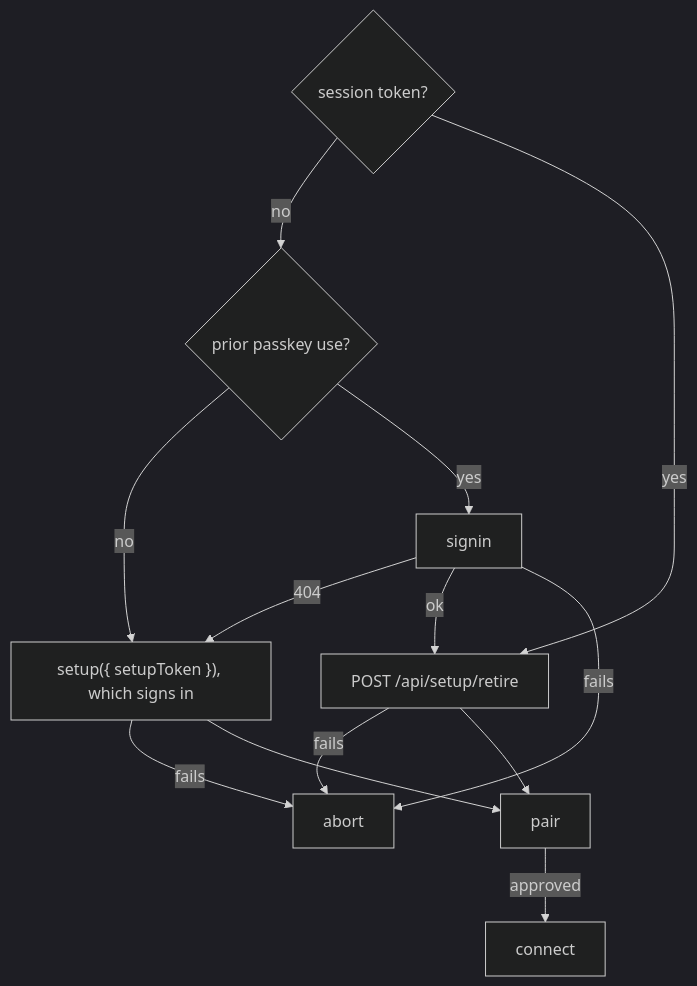
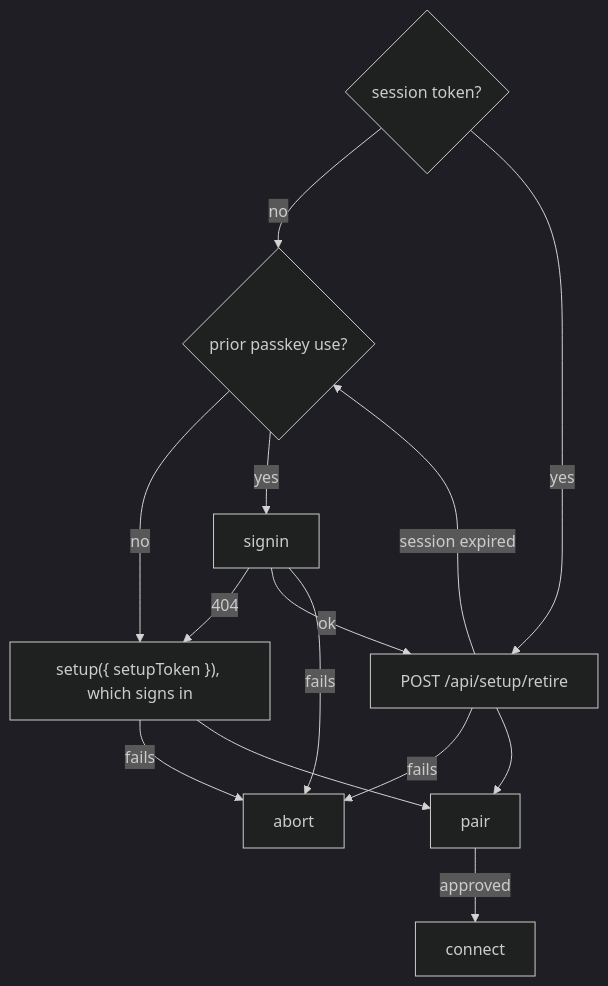
One commit to diffplug/dormouse changed the diagram in docs/specs/pocket-app.md. Above: the diagram before and after it, drawn with Mermaid (dark theme). The commit also changed other lines of this file and 11 other files, not shown here.

````diff
--- a/docs/specs/pocket-app.md
+++ b/docs/specs/pocket-app.md
@@ -33,14 +33,15 @@
 ```mermaid
 flowchart TD
   T{session token?}
   T -- no --> U{prior passkey use?}
   U -- no --> G["setup({ setupToken }), which signs in"]
   U -- yes --> I[signin]
   I -- 404 --> G
   I -- ok --> R[POST /api/setup/retire]
   T -- yes --> R
+  R -- session expired --> U
   R & I & G -- fails --> X[abort]
   R --> P[pair]
   G --> P
   P -- approved --> C[connect]
 ```
````
